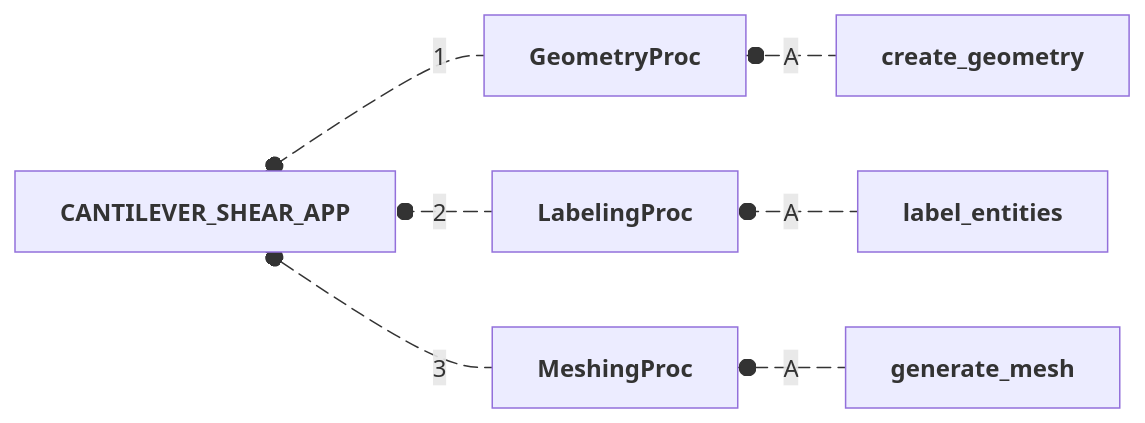
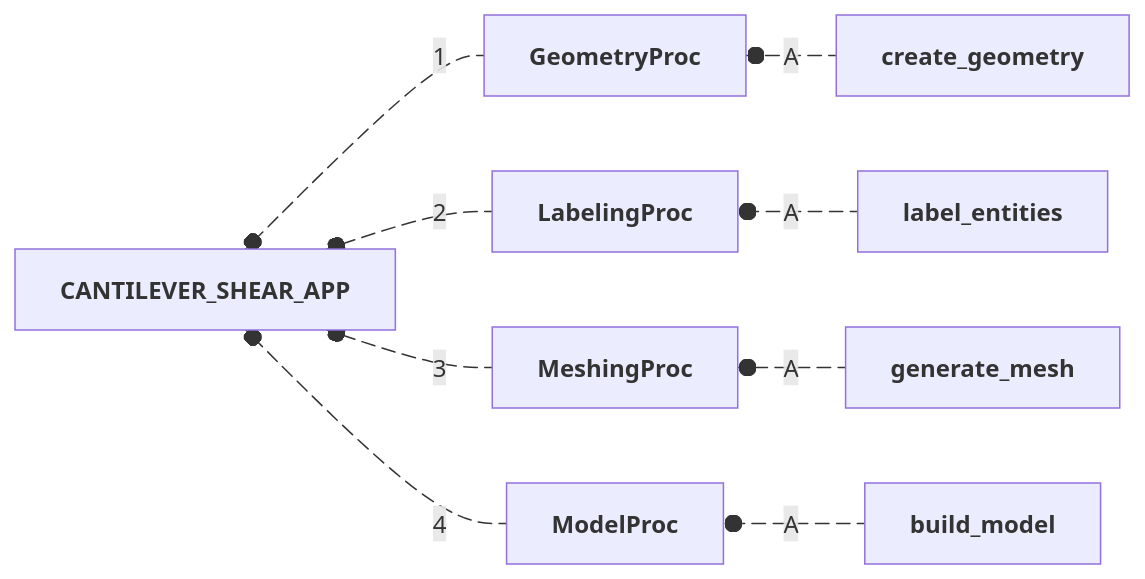
One commit to nuremics/sim-labs changed the first of 10 diagrams in src/nuremics_labs/apps/simulation/CANTILEVER_SHEAR_APP/README.md. Above: the diagram before and after it, drawn with Mermaid. The commit also changed other lines of this file and 9 other files, not shown here.

Commit message:
add ModelProc

````diff
--- a/src/nuremics_labs/apps/simulation/CANTILEVER_SHEAR_APP/README.md
+++ b/src/nuremics_labs/apps/simulation/CANTILEVER_SHEAR_APP/README.md
@@ -17,15 +22,19 @@
 ```mermaid
 flowchart RL
   Proc1[<b>GeometryProc<b>] e1@--1--o App[<b>CANTILEVER_SHEAR_APP<b>]
   Proc2[<b>LabelingProc<b>] e2@--2--o App
   Proc3[<b>MeshingProc<b>] e3@--3--o App
-  Op11[<b>create_geometry<b>] e4@--A--o Proc1
-  Op21[<b>label_entities<b>] e5@--A--o Proc2
-  Op31[<b>generate_mesh<b>] e6@--A--o Proc3
+  Proc4[<b>ModelProc<b>] e4@--4--o App
+  Op11[<b>create_geometry<b>] e5@--A--o Proc1
+  Op21[<b>label_entities<b>] e6@--A--o Proc2
+  Op31[<b>generate_mesh<b>] e7@--A--o Proc3
+  Op41[<b>build_model<b>] e8@--A--o Proc4
   e1@{ animate: true }
   e2@{ animate: true }
   e3@{ animate: true }
   e4@{ animate: true }
   e5@{ animate: true }
   e6@{ animate: true }
+  e7@{ animate: true }
+  e8@{ animate: true }
 ```
````
